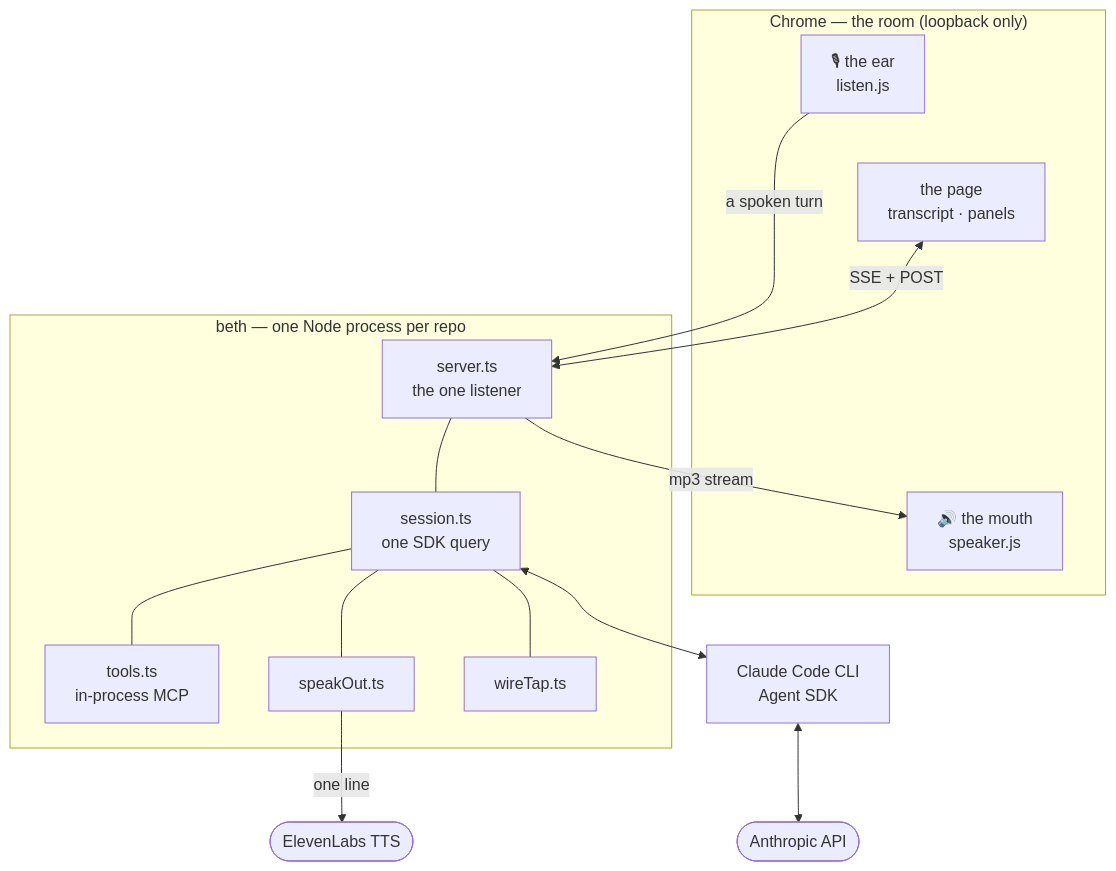
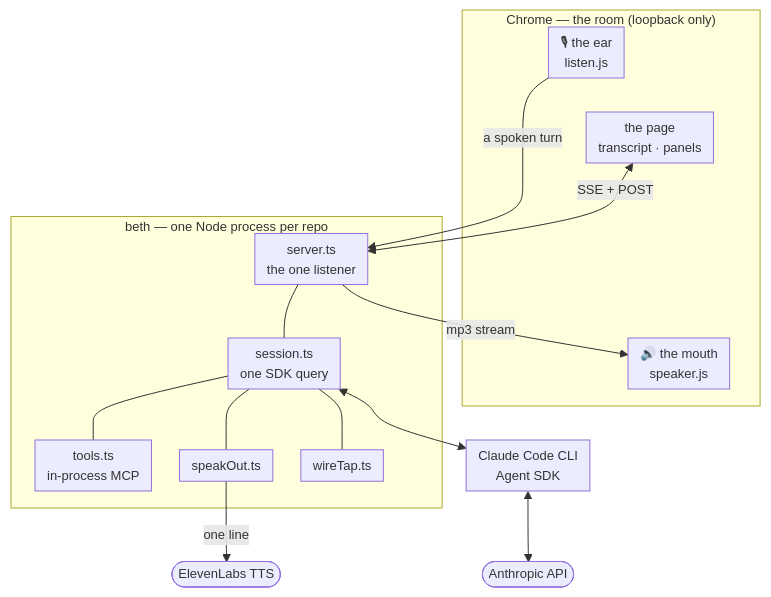
The first of 2 diagrams in README.md (dannybrian/beth), drawn with Mermaid before and after one commit. The commit also changed other lines of this file and 3 other files, not shown here.

````diff
--- a/README.md
+++ b/README.md
@@ -60,32 +66,33 @@
 ```mermaid
+%%{init: {"themeVariables": {"fontSize": "13px"}, "flowchart": {"nodeSpacing": 28, "rankSpacing": 34, "padding": 6}}}%%
 flowchart TB
   subgraph BROWSER["Chrome — the room (loopback only)"]
     EAR["🎙 the ear<br/>listen.js"]
     UI["the page<br/>transcript · panels"]
     MOUTH["🔊 the mouth<br/>speaker.js"]
     EAR ~~~ UI ~~~ MOUTH
   end
 
   subgraph HARNESS["beth — one Node process per repo"]
     SRV["server.ts<br/>the one listener"]
     SES["session.ts<br/>one SDK query"]
     MCP["tools.ts<br/>in-process MCP"]
     TTS["speakOut.ts"]
     TAP["wireTap.ts"]
     SRV --- SES
     SES --- MCP
     SES --- TAP
     SES --- TTS
   end
 
   CC["Claude Code CLI<br/>Agent SDK"]
   ANTH(["Anthropic API"])
   XI(["ElevenLabs TTS"])
 
   EAR -->|"a spoken turn"| SRV
   UI <-->|"SSE + POST"| SRV
   SRV -->|"mp3 stream"| MOUTH
   SES <--> CC
   CC <--> ANTH
   TTS -->|"one line"| XI
 ```
````
